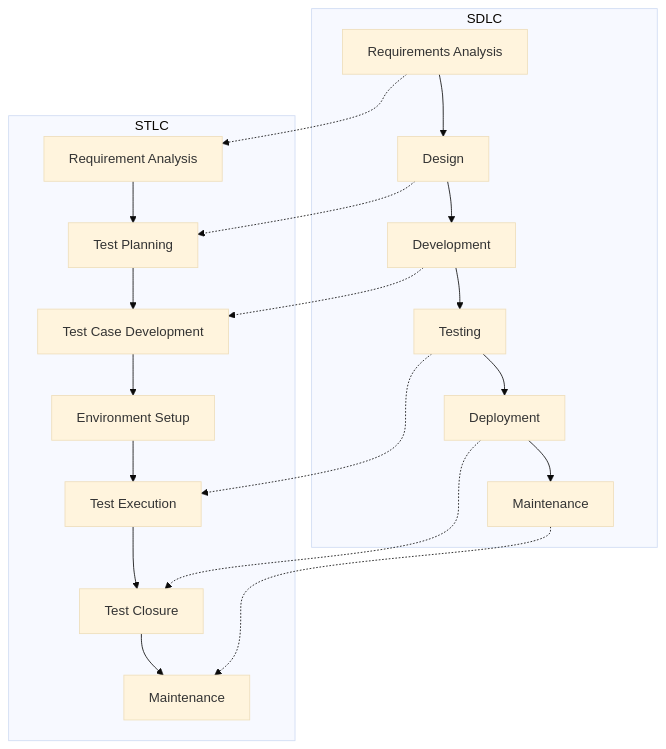
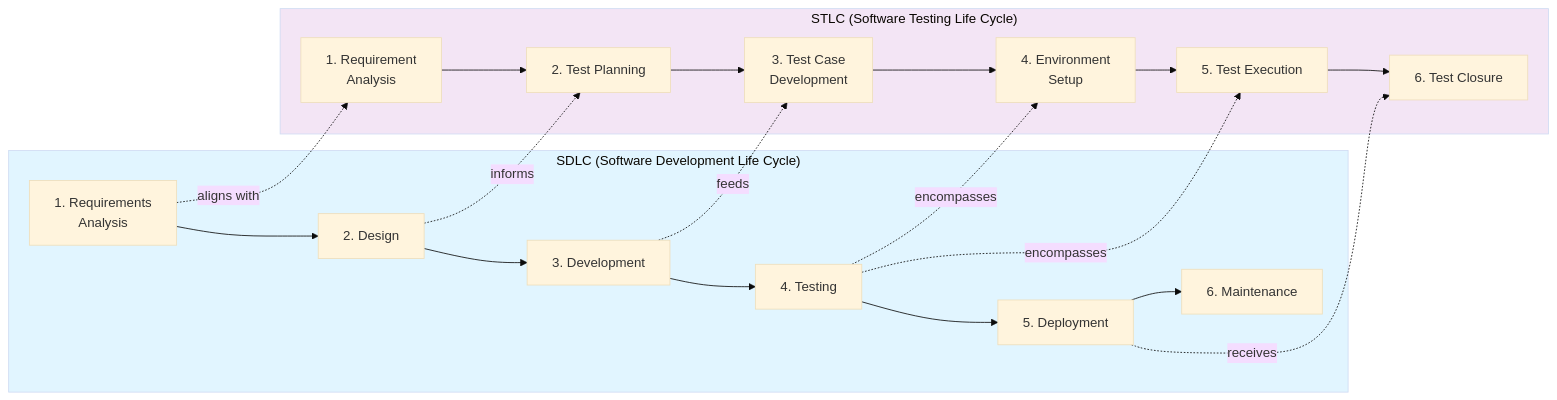
The second of 2 diagrams in dist/Частина 1/Вступ на фундаментальні основи/Глава 3/Процеси та цикли тестування.md (STT-VITI-22/stt-handbook), drawn with Mermaid (base theme) before and after one commit. The commit also changed other lines of this file, not shown here.

````diff
--- a/dist/Частина 1/Вступ на фундаментальні основи/Глава 3/Процеси та цикли тестування.md
+++ b/dist/Частина 1/Вступ на фундаментальні основи/Глава 3/Процеси та цикли тестування.md
@@ -252,26 +264,32 @@
 ```mermaid
-graph TD
-    subgraph SDLC
-        S1[Requirements Analysis] --> S2[Design]
-        S2 --> S3[Development]
-        S3 --> S4[Testing]
-        S4 --> S5[Deployment]
-        S5 --> S6[Maintenance]
+graph LR
+    subgraph SDLC["SDLC (Software Development Life Cycle)"]
+        S1["1. Requirements<br/>Analysis"]
+        S2["2. Design"]
+        S3["3. Development"]
+        S4["4. Testing"]
+        S5["5. Deployment"]
+        S6["6. Maintenance"]
+        S1 --> S2 --> S3 --> S4 --> S5 --> S6
     end
 
-    subgraph STLC
-        T1[Requirement Analysis] --> T2[Test Planning]
-        T2 --> T3[Test Case Development]
-        T3 --> T4[Environment Setup]
-        T4 --> T5[Test Execution]
-        T5 --> T6[Test Closure]
-        T6 --> T7[Maintenance]
+    subgraph STLC["STLC (Software Testing Life Cycle)"]
+        T1["1. Requirement<br/>Analysis"]
+        T2["2. Test Planning"]
+        T3["3. Test Case<br/>Development"]
+        T4["4. Environment<br/>Setup"]
+        T5["5. Test Execution"]
+        T6["6. Test Closure"]
+        T1 --> T2 --> T3 --> T4 --> T5 --> T6
     end
 
-    S1 -.-> T1
-    S2 -.-> T2
-    S3 -.-> T3
-    S4 -.-> T5
-    S5 -.-> T6
-    S6 -.-> T7
+    S1 -.aligns with.-> T1
+    S2 -.informs.-> T2
+    S3 -.feeds.-> T3
+    S4 -.encompasses.-> T4
+    S4 -.encompasses.-> T5
+    S5 -.receives.-> T6
+
+    style SDLC fill:#e1f5ff
+    style STLC fill:#f3e5f5
 ```
````
